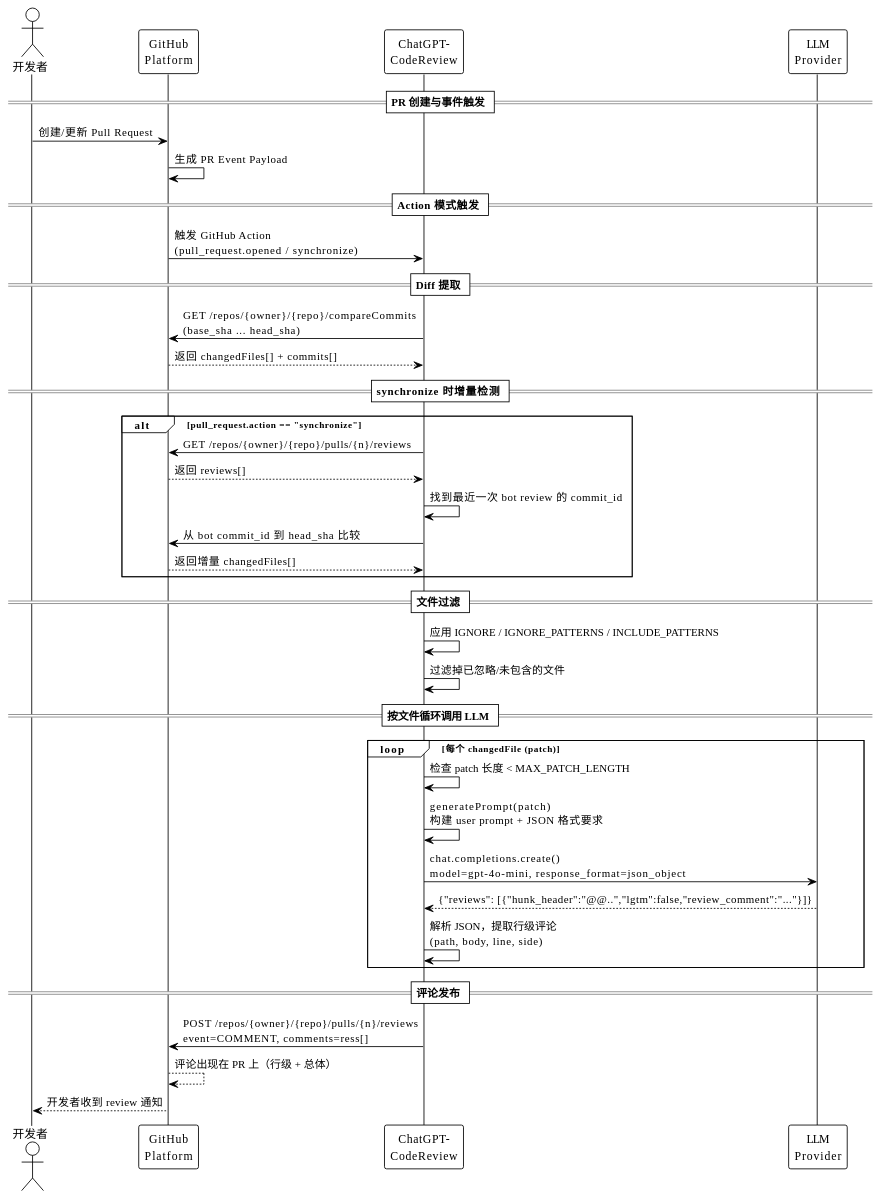
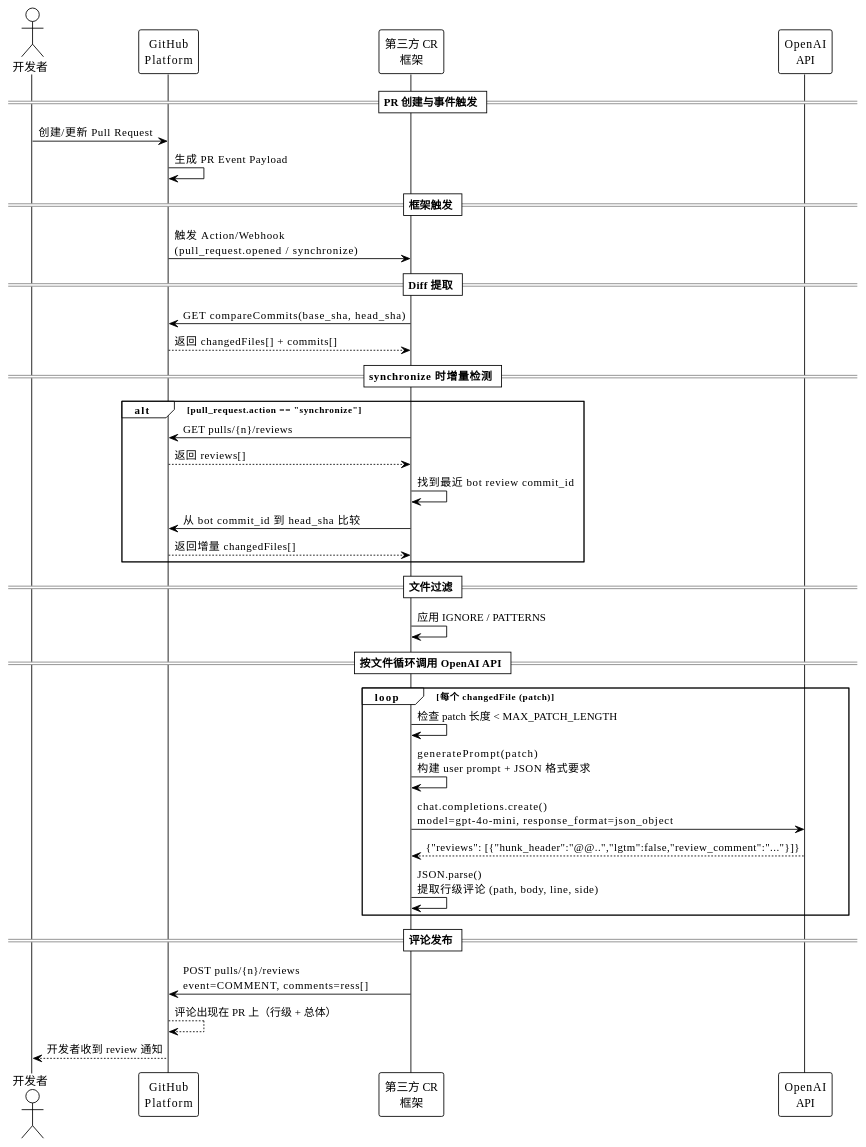
The third of 4 diagrams in knowledge/analysis/primitives/ai-code-review/chatgpt-codereview-framework/artifact.md (iampkuhz/openspec-research-blockchain), drawn with PlantUML before and after one commit. The commit also changed other lines of this file and 15 other files, not shown here.

````diff
--- a/knowledge/analysis/primitives/ai-code-review/chatgpt-codereview-framework/artifact.md
+++ b/knowledge/analysis/primitives/ai-code-review/chatgpt-codereview-framework/artifact.md
@@ -195,49 +215,48 @@
 ```plantuml
 @startuml
 !theme plain
 skinparam backgroundColor #FFFFFF
 
 actor "开发者" as Dev
 participant "GitHub\nPlatform" as GH
-participant "ChatGPT-\nCodeReview" as CGCR
-participant "LLM\nProvider" as LLM
+participant "第三方 CR\n框架" as FRAMEWORK
+participant "OpenAI\nAPI" as OA
 
 == PR 创建与事件触发 ==
 Dev -> GH : 创建/更新 Pull Request
 GH -> GH : 生成 PR Event Payload
 
-== Action 模式触发 ==
-GH -> CGCR : 触发 GitHub Action\n(pull_request.opened / synchronize)
+== 框架触发 ==
+GH -> FRAMEWORK : 触发 Action/Webhook\n(pull_request.opened / synchronize)
 
 == Diff 提取 ==
-CGCR -> GH : GET /repos/{owner}/{repo}/compareCommits\n(base_sha ... head_sha)
-GH --> CGCR : 返回 changedFiles[] + commits[]
+FRAMEWORK -> GH : GET compareCommits(base_sha, head_sha)
+GH --> FRAMEWORK : 返回 changedFiles[] + commits[]
 
 == synchronize 时增量检测 ==
 alt pull_request.action == "synchronize"
-    CGCR -> GH : GET /repos/{owner}/{repo}/pulls/{n}/reviews
-    GH --> CGCR : 返回 reviews[]
-    CGCR -> CGCR : 找到最近一次 bot review 的 commit_id
-    CGCR -> GH : 从 bot commit_id 到 head_sha 比较
-    GH --> CGCR : 返回增量 changedFiles[]
+    FRAMEWORK -> GH : GET pulls/{n}/reviews
+    GH --> FRAMEWORK : 返回 reviews[]
+    FRAMEWORK -> FRAMEWORK : 找到最近 bot review commit_id
+    FRAMEWORK -> GH : 从 bot commit_id 到 head_sha 比较
+    GH --> FRAMEWORK : 返回增量 changedFiles[]
 end
 
 == 文件过滤 ==
-CGCR -> CGCR : 应用 IGNORE / IGNORE_PATTERNS / INCLUDE_PATTERNS
-CGCR -> CGCR : 过滤掉已忽略/未包含的文件
+FRAMEWORK -> FRAMEWORK : 应用 IGNORE / PATTERNS
 
-== 按文件循环调用 LLM ==
+== 按文件循环调用 OpenAI API ==
 loop 每个 changedFile (patch)
-    CGCR -> CGCR : 检查 patch 长度 < MAX_PATCH_LENGTH
-    CGCR -> CGCR : generatePrompt(patch)\n构建 user prompt + JSON 格式要求
-    CGCR -> LLM : chat.completions.create()\nmodel=gpt-4o-mini, response_format=json_object
-    LLM --> CGCR : {"reviews": [{"hunk_header":"@@..","lgtm":false,"review_comment":"..."}]}
-    CGCR -> CGCR : 解析 JSON，提取行级评论\n(path, body, line, side)
+    FRAMEWORK -> FRAMEWORK : 检查 patch 长度 < MAX_PATCH_LENGTH
+    FRAMEWORK -> FRAMEWORK : generatePrompt(patch)\n构建 user prompt + JSON 格式要求
+    FRAMEWORK -> OA : chat.completions.create()\nmodel=gpt-4o-mini, response_format=json_object
+    OA --> FRAMEWORK : {"reviews": [{"hunk_header":"@@..","lgtm":false,"review_comment":"..."}]}
+    FRAMEWORK -> FRAMEWORK : JSON.parse()\n提取行级评论 (path, body, line, side)
 end
 
 == 评论发布 ==
-CGCR -> GH : POST /repos/{owner}/{repo}/pulls/{n}/reviews\nevent=COMMENT, comments=ress[]
+FRAMEWORK -> GH : POST pulls/{n}/reviews\nevent=COMMENT, comments=ress[]
 GH --> GH : 评论出现在 PR 上（行级 + 总体）
 GH --> Dev : 开发者收到 review 通知
 @enduml
 ```
````
